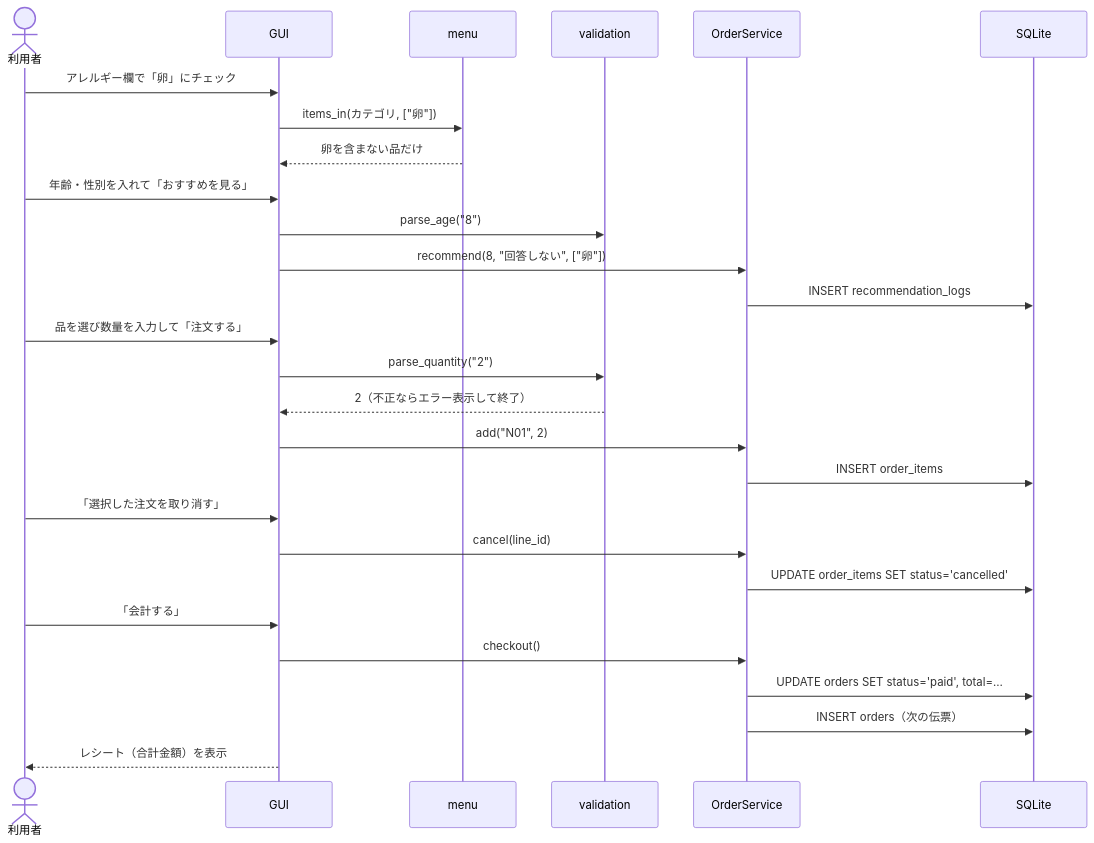
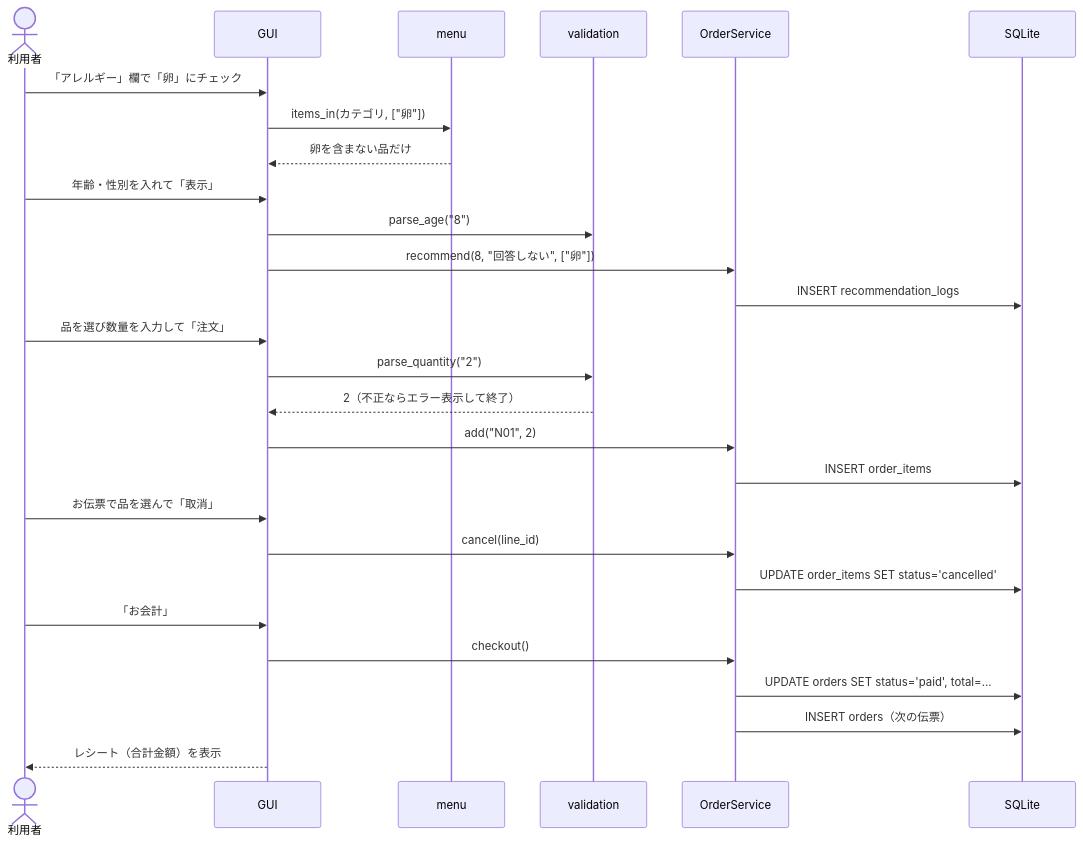
Before and after one commit to daiichi001/innsyokuorder: the second of 4 diagrams in README.md, drawn with Mermaid. The commit also changed other lines of this file and 4 other files, not shown here.

````diff
--- a/README.md
+++ b/README.md
@@ -94,29 +112,29 @@
 ```mermaid
 sequenceDiagram
     actor U as 利用者
     participant G as GUI
     participant M as menu
     participant V as validation
     participant S as OrderService
     participant D as SQLite
-    U->>G: アレルギー欄で「卵」にチェック
+    U->>G: 「アレルギー」欄で「卵」にチェック
     G->>M: items_in(カテゴリ, ["卵"])
     M-->>G: 卵を含まない品だけ
-    U->>G: 年齢・性別を入れて「おすすめを見る」
+    U->>G: 年齢・性別を入れて「表示」
     G->>V: parse_age("8")
     G->>S: recommend(8, "回答しない", ["卵"])
     S->>D: INSERT recommendation_logs
-    U->>G: 品を選び数量を入力して「注文する」
+    U->>G: 品を選び数量を入力して「注文」
     G->>V: parse_quantity("2")
     V-->>G: 2（不正ならエラー表示して終了）
     G->>S: add("N01", 2)
     S->>D: INSERT order_items
-    U->>G: 「選択した注文を取り消す」
+    U->>G: お伝票で品を選んで「取消」
     G->>S: cancel(line_id)
     S->>D: UPDATE order_items SET status='cancelled'
-    U->>G: 「会計する」
+    U->>G: 「お会計」
     G->>S: checkout()
     S->>D: UPDATE orders SET status='paid', total=…
     S->>D: INSERT orders（次の伝票）
     G-->>U: レシート（合計金額）を表示
 ```
````
